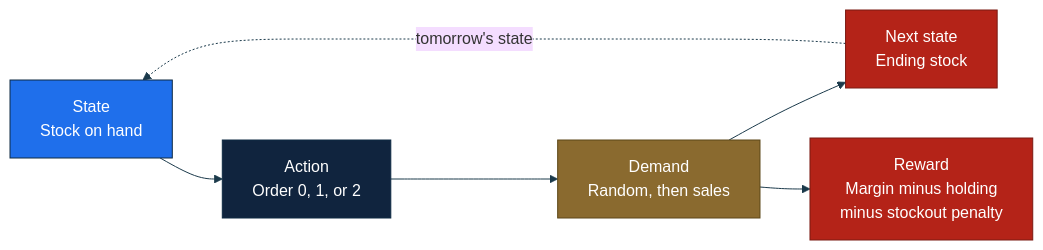
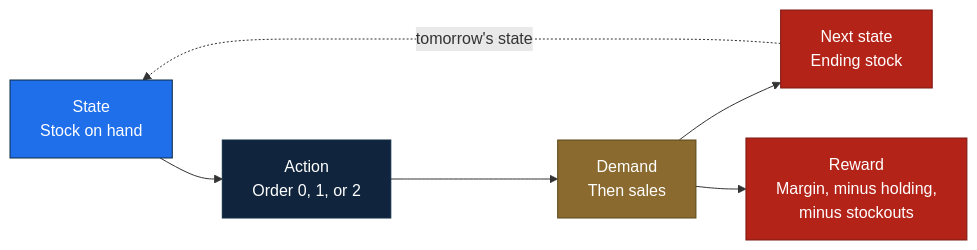
One commit to salihtutun/Agentic-AI_Autonomous_Decision_Making changed the diagram in assets/mermaid/mdp-inventory.mmd. Above: the diagram before and after it, drawn with Mermaid. The commit also changed 24 other files, not shown here.

Commit message:
feat: redraw the session diagrams so the arrows match the lesson

```diff
--- a/assets/mermaid/mdp-inventory.mmd
+++ b/assets/mermaid/mdp-inventory.mmd
@@ -1,15 +1,14 @@
-%%{init: {'theme':'base','themeVariables':{'fontFamily':'Segoe UI, Arial, sans-serif','fontSize':'16px','lineColor':'#1B3A4B'}}}%%
 flowchart LR
     S["State<br/>Stock on hand"] --> ACT["Action<br/>Order 0, 1, or 2"]
-    ACT --> DEM["Demand<br/>Random, then sales"]
+    ACT --> DEM["Demand<br/>Then sales"]
     DEM --> NEXT["Next state<br/>Ending stock"]
-    DEM --> PAY["Reward<br/>Margin minus holding<br/>minus stockout penalty"]
+    DEM --> PAY["Reward<br/>Margin, minus holding,<br/>minus stockouts"]
     NEXT -.->|tomorrow's state| S
     classDef blue fill:#1F6FEB,stroke:#0E2A43,color:#ffffff
     classDef navy fill:#10243E,stroke:#0E2A43,color:#ffffff
     classDef gold fill:#8A6A2F,stroke:#5C4718,color:#ffffff
     classDef red fill:#B42318,stroke:#7A1A12,color:#ffffff
     class S blue
     class ACT navy
     class DEM gold
     class NEXT,PAY red
```
